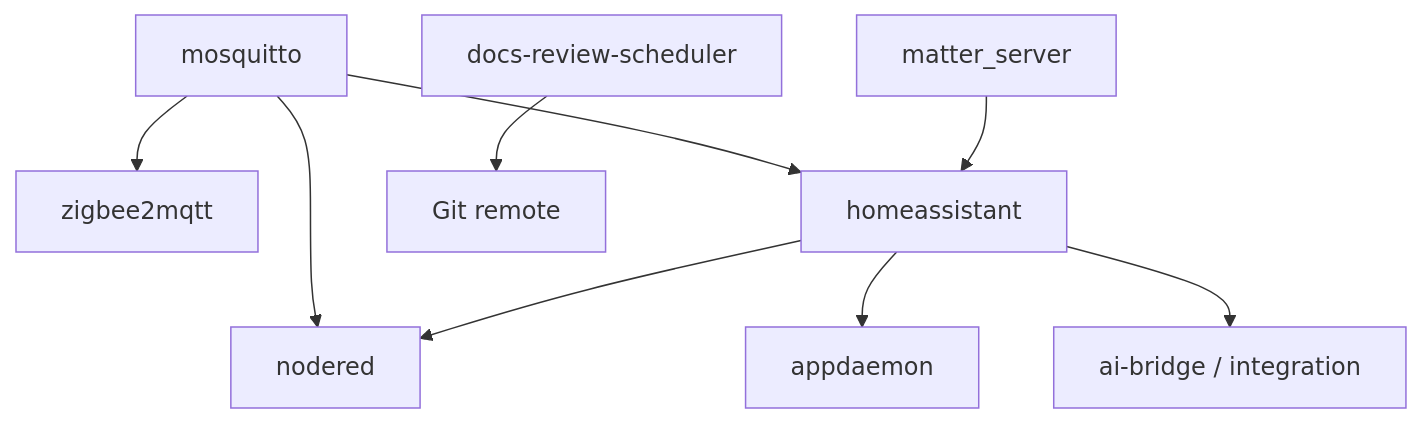
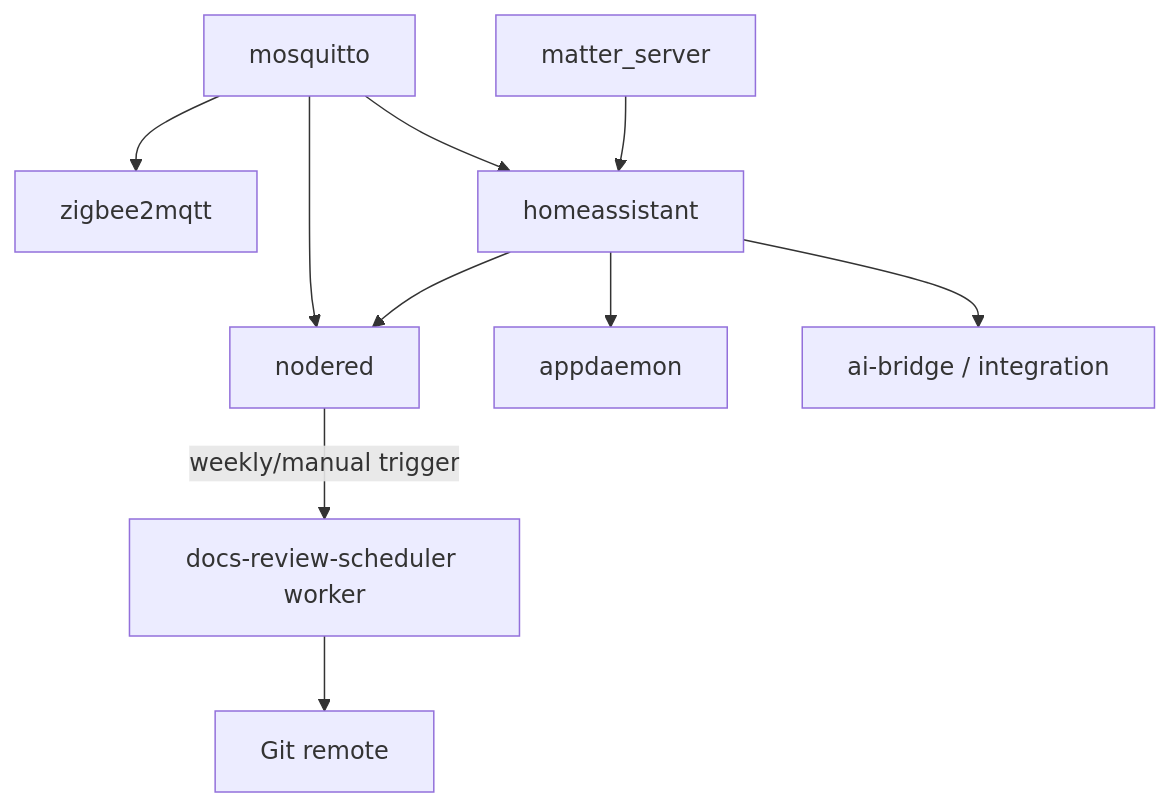
One commit to gabrafur/my_smart_home changed the diagram in docs/CONTAINERS.en.md. Above: the diagram before and after it, drawn with Mermaid. The commit also changed other lines of this file and 19 other files, not shown here.

Commit message:
feat(nodered): schedule weekly documentation review

````diff
--- a/docs/CONTAINERS.en.md
+++ b/docs/CONTAINERS.en.md
@@ -119,11 +119,12 @@
 ```mermaid
 flowchart TD
     MQ[mosquitto] --> Z2M[zigbee2mqtt]
     MQ --> HA[homeassistant]
     MAT[matter_server] --> HA
     MQ --> NR[nodered]
     HA --> NR
     HA --> AD[appdaemon]
     HA --> BR[ai-bridge / integration]
-    SCH[docs-review-scheduler] --> GIT[Git remote]
+    NR -->|weekly/manual trigger| SCH[docs-review-scheduler worker]
+    SCH --> GIT[Git remote]
 ```
````
